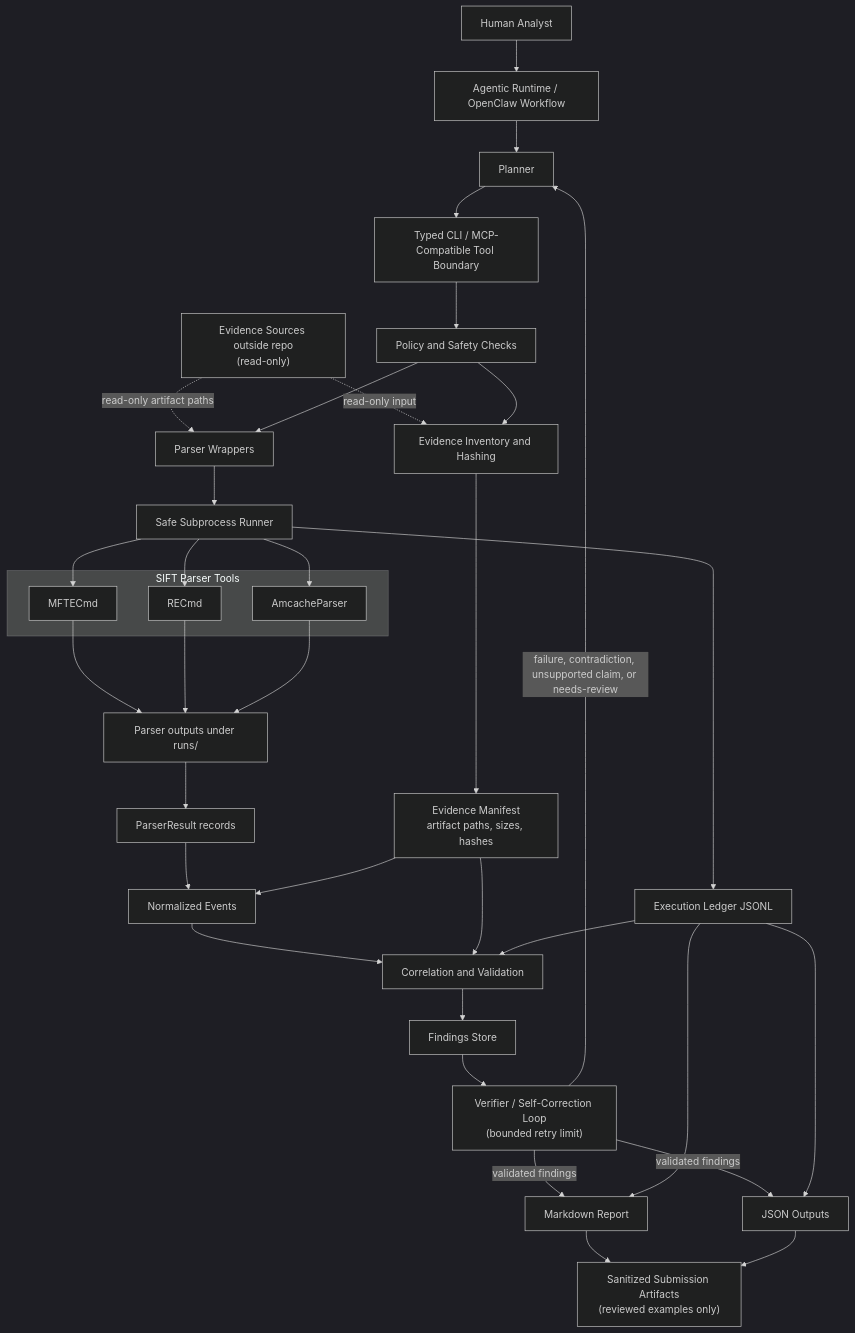
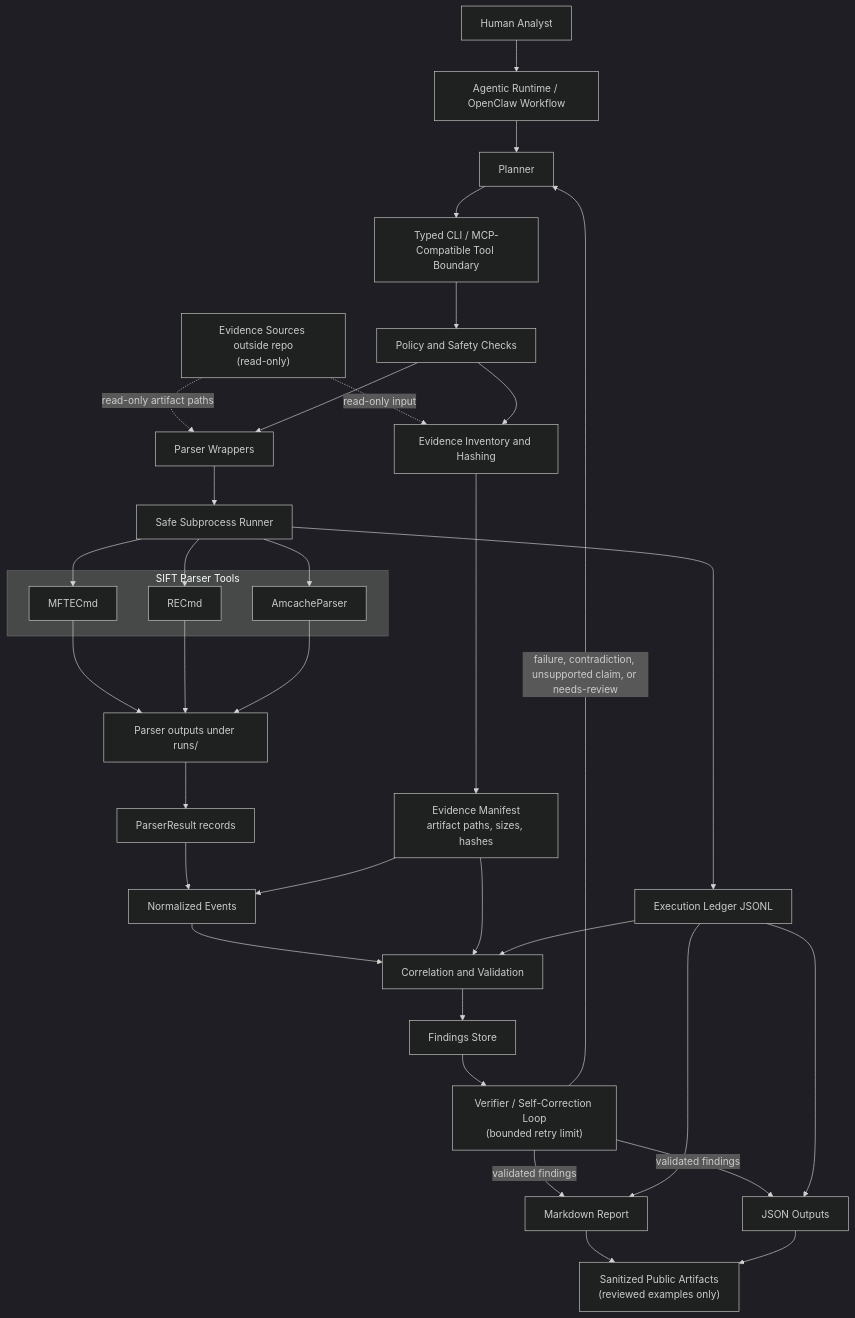
One commit to OCHOLA-EDDYPHIL/elenchos-dfir changed the diagram in docs/architecture.md. Above: the diagram before and after it, drawn with Mermaid (dark theme). The commit also changed other lines of this file and 25 other files, not shown here.

````diff
--- a/docs/architecture.md
+++ b/docs/architecture.md
@@ -20,49 +20,49 @@
 ```mermaid
 flowchart TD
   Analyst["Human Analyst"] --> Runtime["Agentic Runtime / OpenClaw Workflow"]
   Runtime --> Planner["Planner"]
   Planner --> Boundary["Typed CLI / MCP-Compatible Tool Boundary"]
   Boundary --> Policy["Policy and Safety Checks"]
 
   Evidence["Evidence Sources outside repo<br/>(read-only)"]
   Evidence -. "read-only input" .-> Inventory["Evidence Inventory and Hashing"]
   Evidence -. "read-only artifact paths" .-> Wrappers["Parser Wrappers"]
 
   Policy --> Inventory
   Policy --> Wrappers
   Inventory --> Manifest["Evidence Manifest<br/>artifact paths, sizes, hashes"]
 
   Wrappers --> Runner["Safe Subprocess Runner"]
   Runner --> Ledger["Execution Ledger JSONL"]
   Runner --> MFTECmd
   Runner --> RECmd
   Runner --> AmcacheParser
 
   subgraph ParserTools["SIFT Parser Tools"]
     MFTECmd["MFTECmd"]
     RECmd["RECmd"]
     AmcacheParser["AmcacheParser"]
   end
 
   MFTECmd --> ParserOutputs["Parser outputs under runs/"]
   RECmd --> ParserOutputs
   AmcacheParser --> ParserOutputs
   ParserOutputs --> ParserResult["ParserResult records"]
   ParserResult --> Normalized["Normalized Events"]
   Manifest --> Normalized
 
   Normalized --> Correlation["Correlation and Validation"]
   Manifest --> Correlation
   Ledger --> Correlation
 
   Correlation --> Findings["Findings Store"]
   Findings --> Verifier["Verifier / Self-Correction Loop<br/>(bounded retry limit)"]
   Verifier -->|failure, contradiction, unsupported claim, or needs-review| Planner
   Verifier -->|validated findings| Reports["Markdown Report"]
   Verifier -->|validated findings| JsonOutputs["JSON Outputs"]
   Ledger --> Reports
   Ledger --> JsonOutputs
 
-  Reports --> Sanitized["Sanitized Submission Artifacts<br/>(reviewed examples only)"]
+  Reports --> Sanitized["Sanitized Public Artifacts<br/>(reviewed examples only)"]
   JsonOutputs --> Sanitized
 ```
````
